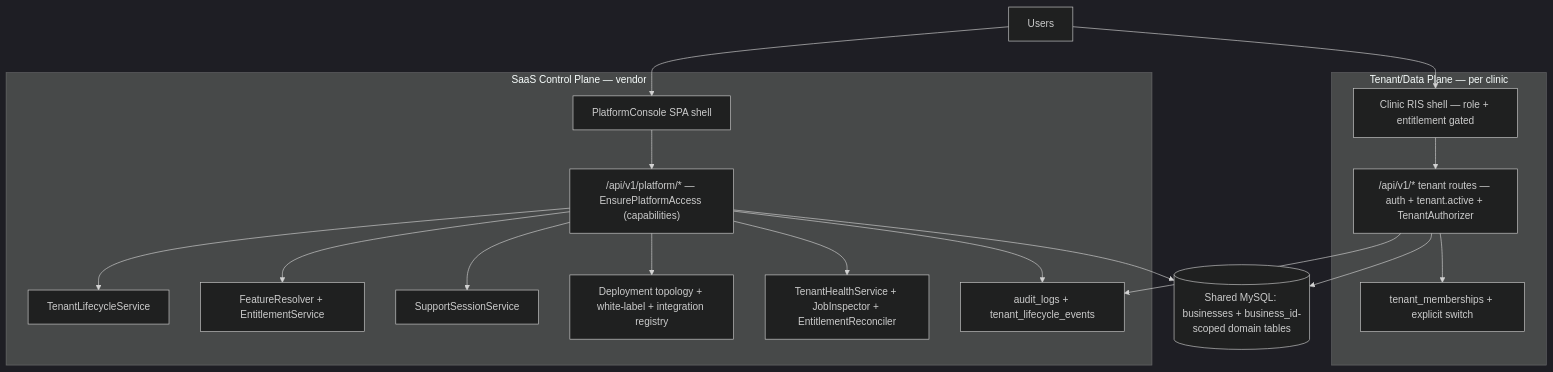
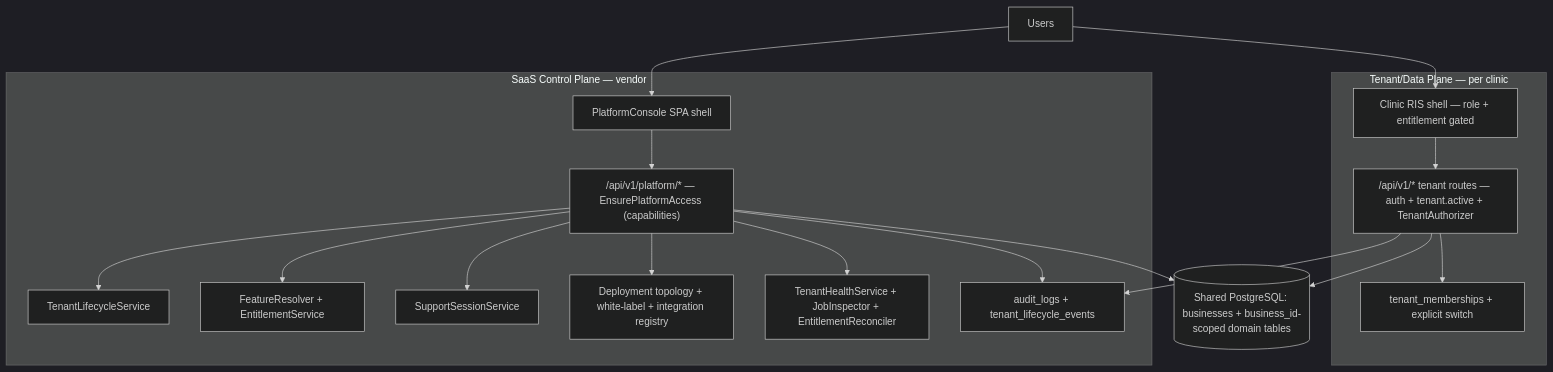
The diagram in docs/saas/TARGET_ARCHITECTURE.md (jerryboganda/adcportal), drawn with Mermaid (dark theme) before and after one commit. The commit also changed 174 other files, not shown here.

````diff
--- a/docs/saas/TARGET_ARCHITECTURE.md
+++ b/docs/saas/TARGET_ARCHITECTURE.md
@@ -3,32 +3,32 @@
 ```mermaid
 flowchart TB
     subgraph ControlPlane[SaaS Control Plane — vendor]
         PC[PlatformConsole SPA shell]
         PA["/api/v1/platform/* — EnsurePlatformAccess (capabilities)"]
         LE[TenantLifecycleService]
         FE[FeatureResolver + EntitlementService]
         SS[SupportSessionService]
         DT[Deployment topology + white-label + integration registry]
         OPS["TenantHealthService + JobInspector + EntitlementReconciler"]
         AUD[audit_logs + tenant_lifecycle_events]
     end
 
     subgraph DataPlane[Tenant/Data Plane — per clinic]
         SPA[Clinic RIS shell — role + entitlement gated]
         API["/api/v1/* tenant routes — auth + tenant.active + TenantAuthorizer"]
         TM[tenant_memberships + explicit switch]
     end
 
     Users --> PC
     Users --> SPA
     PC --> PA --> LE & FE & SS
     PA --> DT
     PA --> OPS
     PA --> AUD
     SPA --> API
     API --> TM
     API --> AUD
-    DB[(Shared MySQL: businesses + business_id-scoped domain tables)]
+    DB[(Shared PostgreSQL: businesses + business_id-scoped domain tables)]
     PA --> DB
     API --> DB
 ```
````
